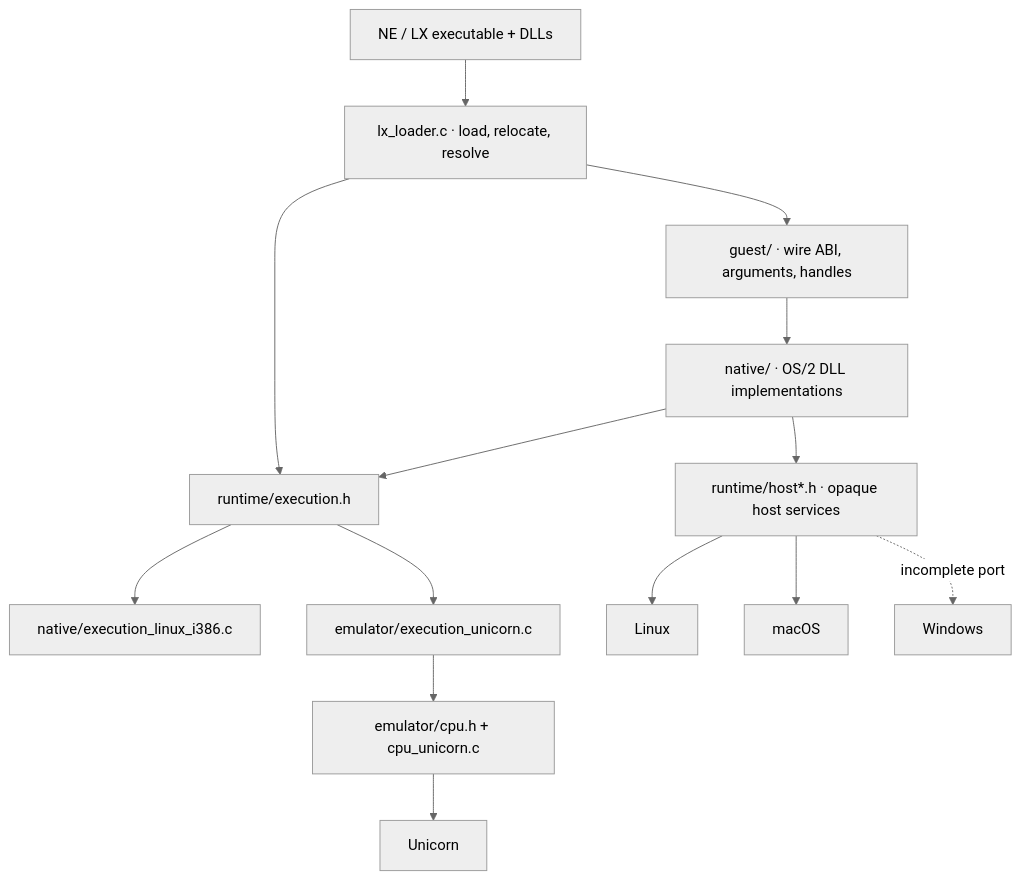
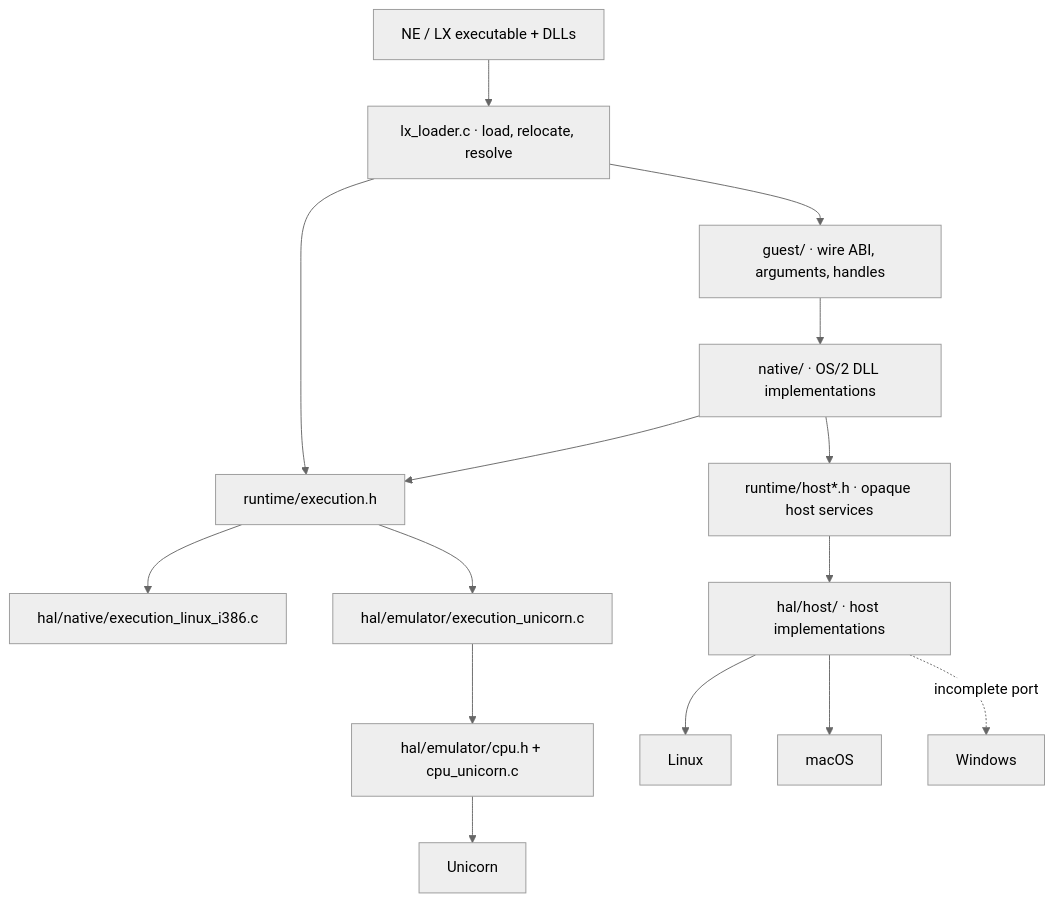
The first of 9 diagrams in docs/architecture.md (bitwisecook/2ine), drawn with Mermaid (neutral theme) before and after one commit. The commit also changed other lines of this file and 27 other files, not shown here.

Commit message:
Move execution backends and host support into HAL

````diff
--- a/docs/architecture.md
+++ b/docs/architecture.md
@@ -9,15 +9,16 @@
 ```mermaid
 flowchart TD
     Image["NE / LX executable + DLLs"] --> Loader["lx_loader.c · load, relocate, resolve"]
     Loader --> Guest["guest/ · wire ABI, arguments, handles"]
     Guest --> APIs["native/ · OS/2 DLL implementations"]
     Loader --> Execution["runtime/execution.h"]
     APIs --> Execution
-    Execution --> Native["native/execution_linux_i386.c"]
-    Execution --> Emulator["emulator/execution_unicorn.c"]
-    Emulator --> CPU["emulator/cpu.h + cpu_unicorn.c"] --> Unicorn["Unicorn"]
+    Execution --> Native["hal/native/execution_linux_i386.c"]
+    Execution --> Emulator["hal/emulator/execution_unicorn.c"]
+    Emulator --> CPU["hal/emulator/cpu.h + cpu_unicorn.c"] --> Unicorn["Unicorn"]
     APIs --> Host["runtime/host*.h · opaque host services"]
-    Host --> Linux["Linux"]
-    Host --> Mac["macOS"]
-    Host -. incomplete port .-> Windows["Windows"]
+    Host --> HAL["hal/host/ · host implementations"]
+    HAL --> Linux["Linux"]
+    HAL --> Mac["macOS"]
+    HAL -. incomplete port .-> Windows["Windows"]
 ```
````
